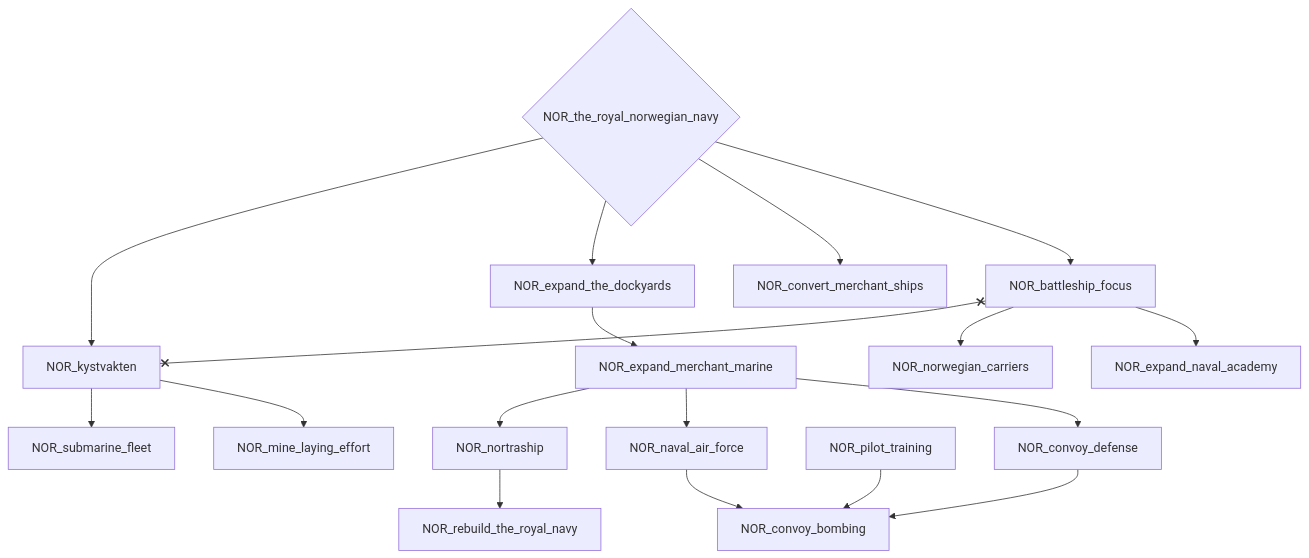
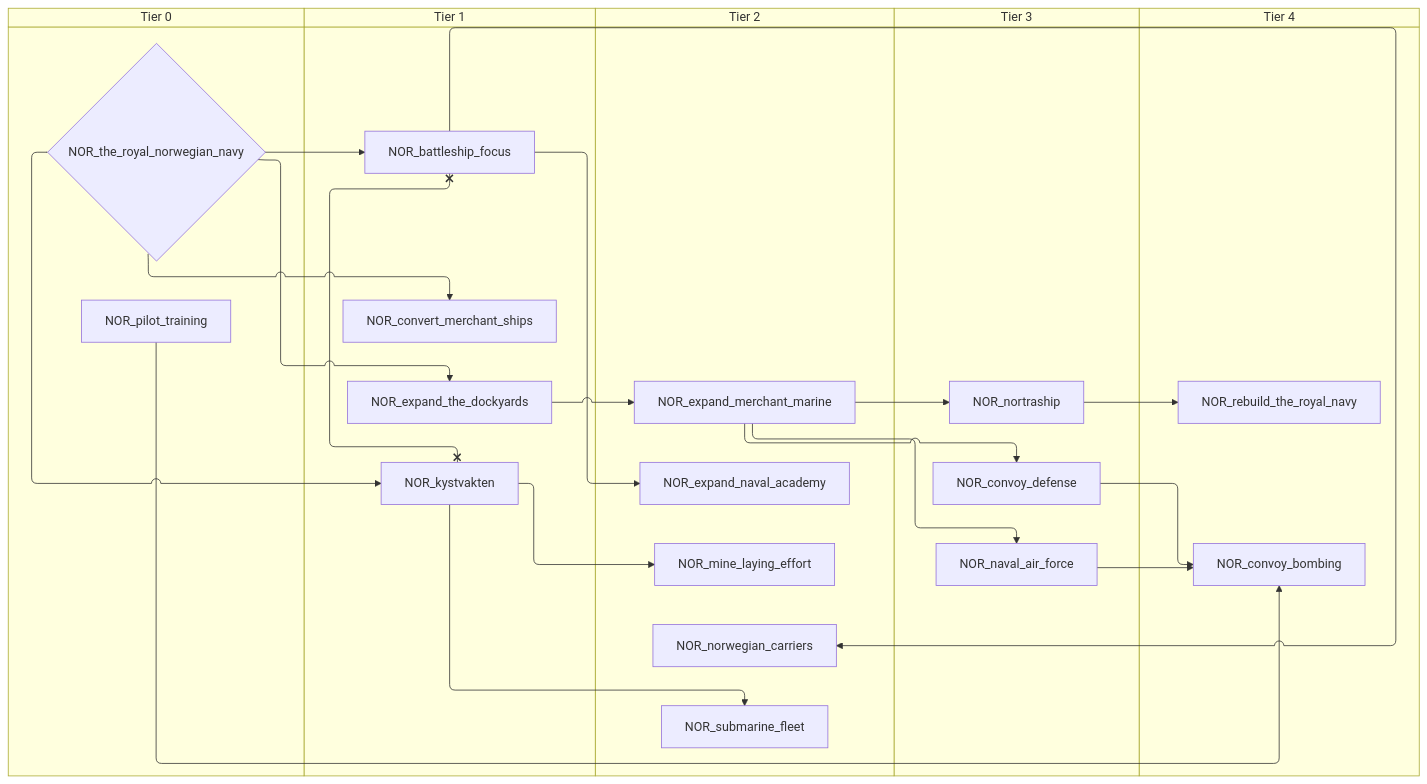
The sixth of 8 diagrams in docs/gdd/National Focuses/norway.md (evgeny-sobol/hoi4-sandbox-mode), drawn with Mermaid before and after one commit. The commit also changed other lines of this file and 80 other files, not shown here.

First line of the commit message:
Add swimlane mode to focus graph exporter

````diff
--- a/docs/gdd/National Focuses/norway.md
+++ b/docs/gdd/National Focuses/norway.md
@@ -329,36 +397,46 @@
 ```mermaid
-flowchart TD
-    n116["NOR_battleship_focus"]
-    n117["NOR_convert_merchant_ships"]
-    n95["NOR_convoy_bombing"]
-    n96["NOR_convoy_defense"]
-    n118["NOR_expand_merchant_marine"]
-    n119["NOR_expand_naval_academy"]
-    n120["NOR_expand_the_dockyards"]
-    n121["NOR_kystvakten"]
-    n122["NOR_mine_laying_effort"]
-    n99["NOR_naval_air_force"]
-    n123["NOR_nortraship"]
-    n124["NOR_norwegian_carriers"]
-    n100["NOR_pilot_training"]
-    n125["NOR_rebuild_the_royal_navy"]
-    n126["NOR_submarine_fleet"]
-    n127{"NOR_the_royal_norwegian_navy"}
-    n127 --> n116
-    n127 --> n117
-    n99 --> n95
-    n96 --> n95
-    n100 --> n95
-    n118 --> n96
-    n120 --> n118
+swimlane-beta TD
+    subgraph tier_0["Tier 0"]
+        n98["NOR_pilot_training"]
+        n116{"NOR_the_royal_norwegian_navy"}
+    end
+    subgraph tier_1["Tier 1"]
+        n117["NOR_battleship_focus"]
+        n118["NOR_convert_merchant_ships"]
+        n119["NOR_expand_the_dockyards"]
+        n120["NOR_kystvakten"]
+    end
+    subgraph tier_2["Tier 2"]
+        n121["NOR_expand_merchant_marine"]
+        n122["NOR_expand_naval_academy"]
+        n123["NOR_mine_laying_effort"]
+        n124["NOR_norwegian_carriers"]
+        n125["NOR_submarine_fleet"]
+    end
+    subgraph tier_3["Tier 3"]
+        n94["NOR_convoy_defense"]
+        n96["NOR_naval_air_force"]
+        n126["NOR_nortraship"]
+    end
+    subgraph tier_4["Tier 4"]
+        n100["NOR_convoy_bombing"]
+        n127["NOR_rebuild_the_royal_navy"]
+    end
+    n116 --> n117
+    n116 --> n118
+    n96 --> n100
+    n94 --> n100
+    n98 --> n100
+    n121 --> n94
+    n119 --> n121
+    n117 --> n122
     n116 --> n119
-    n127 --> n120
-    n127 --> n121
-    n121 --> n122
-    n118 --> n99
-    n118 --> n123
-    n116 --> n124
-    n123 --> n125
+    n116 --> n120
+    n120 --> n123
+    n121 --> n96
     n121 --> n126
-    n116 x--x n121
+    n117 --> n124
+    n126 --> n127
+    n120 --> n125
+    n117 x--x n120
 ```
````
